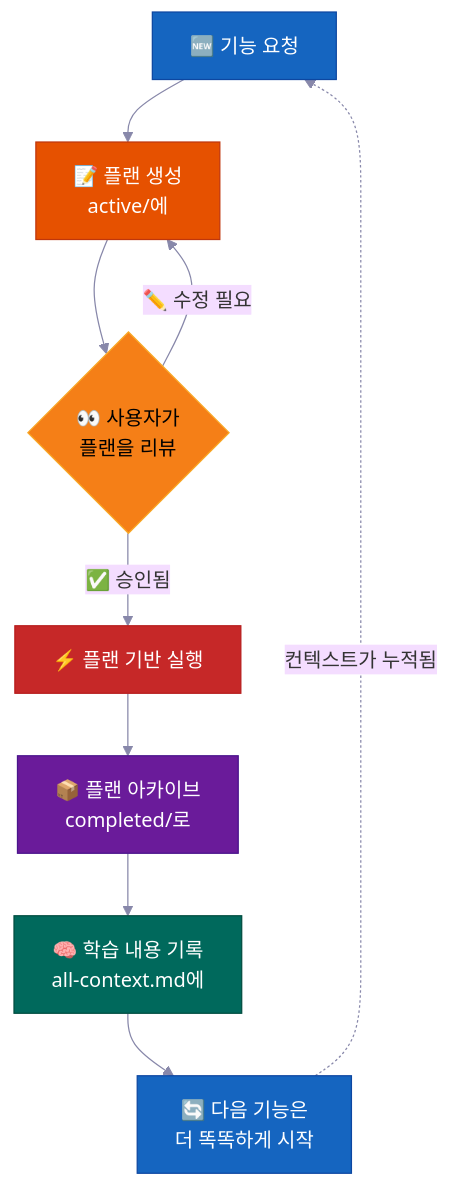
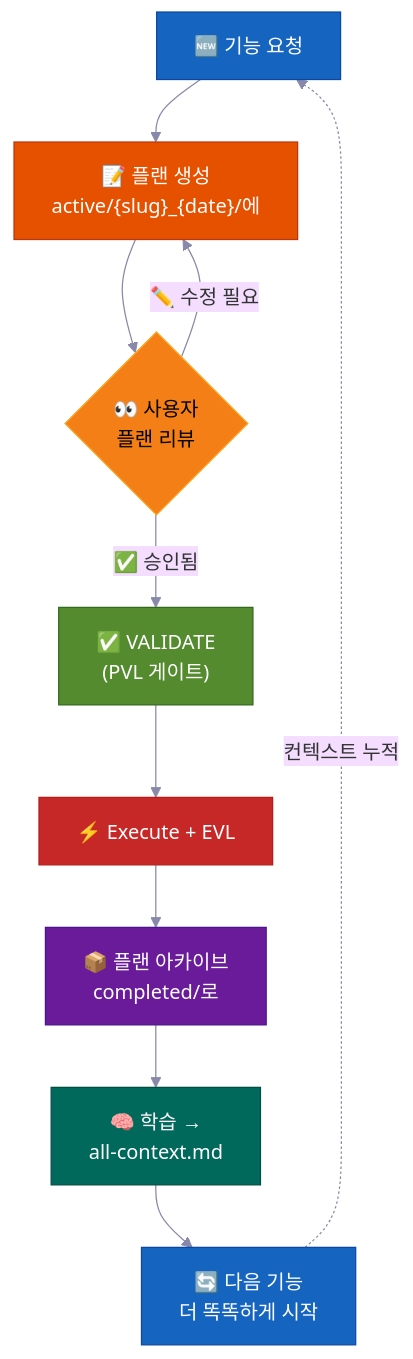
Before and after one commit to Erlangga15/vibecode-pro-max-kit: the tenth of 14 diagrams in docs/i18n/README.ko-KR.md, drawn with Mermaid. The commit also changed other lines of this file and 43 other files, not shown here.

````diff
--- a/docs/i18n/README.ko-KR.md
+++ b/docs/i18n/README.ko-KR.md
@@ -858,28 +1142,26 @@
 ```mermaid
 %%{init: {'theme': 'base', 'themeVariables': {'fontSize': '16px', 'lineColor': '#8888AA'}} }%%
 flowchart TD
     A["🆕 기능 요청"]
-    B["📝 플랜 생성\nactive/에"]
-    C{"👀 사용자가\n플랜을 리뷰"}
-    D["⚡ 플랜 기반 실행"]
-    E["📦 플랜 아카이브\ncompleted/로"]
-    F["🧠 학습 내용 기록\nall-context.md에"]
-    G["🔄 다음 기능은\n더 똑똑하게 시작"]
+    B["📝 플랜 생성\nactive/{slug}_{date}/에"]
+    C{"👀 사용자\n플랜 리뷰"}
+    D["✅ VALIDATE\n(PVL 게이트)"]
+    E["⚡ Execute + EVL"]
+    F["📦 플랜 아카이브\ncompleted/로"]
+    G["🧠 학습 →\nall-context.md"]
+    H["🔄 다음 기능\n더 똑똑하게 시작"]
 
-    A --> B
-    B --> C
-    C -->|"✅ 승인됨"| D
+    A --> B --> C
     C -->|"✏️ 수정 필요"| B
-    D --> E
-    E --> F
-    F --> G
-    G -.->|"컨텍스트가 누적됨"| A
+    C -->|"✅ 승인됨"| D --> E --> F --> G --> H
+    H -.->|"컨텍스트 누적"| A
 
     style A fill:#1565C0,stroke:#0D47A1,color:#FFFFFF
     style B fill:#E65100,stroke:#BF360C,color:#FFFFFF
     style C fill:#F57F17,stroke:#F9A825,color:#000000
-    style D fill:#C62828,stroke:#B71C1C,color:#FFFFFF
-    style E fill:#6A1B9A,stroke:#4A148C,color:#FFFFFF
-    style F fill:#00695C,stroke:#004D40,color:#FFFFFF
-    style G fill:#1565C0,stroke:#0D47A1,color:#FFFFFF
+    style D fill:#558B2F,stroke:#33691E,color:#FFFFFF
+    style E fill:#C62828,stroke:#B71C1C,color:#FFFFFF
+    style F fill:#6A1B9A,stroke:#4A148C,color:#FFFFFF
+    style G fill:#00695C,stroke:#004D40,color:#FFFFFF
+    style H fill:#1565C0,stroke:#0D47A1,color:#FFFFFF
 ```
````
